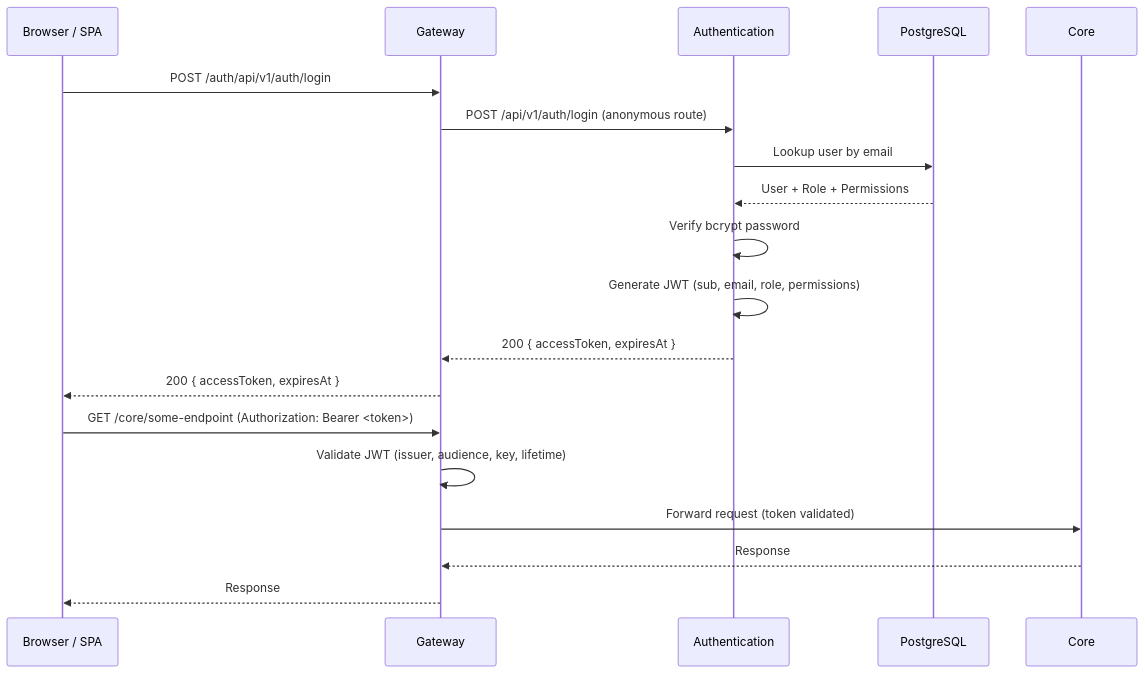
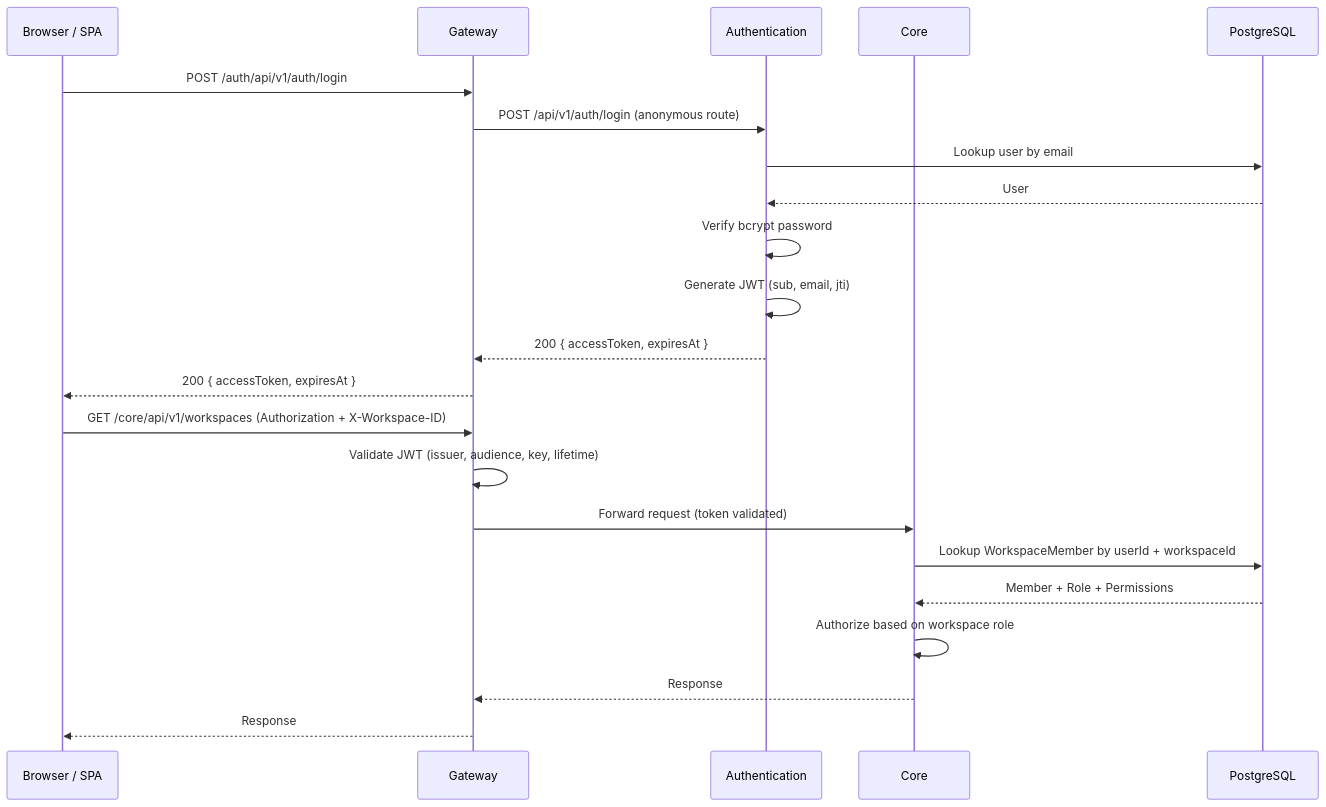
The third of 3 diagrams in docs/ai-guides/ARCHITECTURE.md (RelativaCRM/Relativa), drawn with Mermaid before and after one commit. The commit also changed other lines of this file and 79 other files, not shown here.

Commit message:
CR-96 Add workspace creation. Remove permissions from the auth jwt. Make RoleId nullable

````diff
--- a/docs/ai-guides/ARCHITECTURE.md
+++ b/docs/ai-guides/ARCHITECTURE.md
@@ -163,22 +212,26 @@
 ```mermaid
 sequenceDiagram
     participant Client as Browser / SPA
     participant GW as Gateway
     participant Auth as Authentication
+    participant Core as Core
     participant DB as PostgreSQL
 
     Client->>GW: POST /auth/api/v1/auth/login
     GW->>Auth: POST /api/v1/auth/login (anonymous route)
     Auth->>DB: Lookup user by email
-    DB-->>Auth: User + Role + Permissions
+    DB-->>Auth: User
     Auth->>Auth: Verify bcrypt password
-    Auth->>Auth: Generate JWT (sub, email, role, permissions)
+    Auth->>Auth: Generate JWT (sub, email, jti)
     Auth-->>GW: 200 { accessToken, expiresAt }
     GW-->>Client: 200 { accessToken, expiresAt }
 
-    Client->>GW: GET /core/some-endpoint (Authorization: Bearer <token>)
+    Client->>GW: GET /core/api/v1/workspaces (Authorization + X-Workspace-ID)
     GW->>GW: Validate JWT (issuer, audience, key, lifetime)
     GW->>Core: Forward request (token validated)
+    Core->>DB: Lookup WorkspaceMember by userId + workspaceId
+    DB-->>Core: Member + Role + Permissions
+    Core->>Core: Authorize based on workspace role
     Core-->>GW: Response
     GW-->>Client: Response
 ```
````
